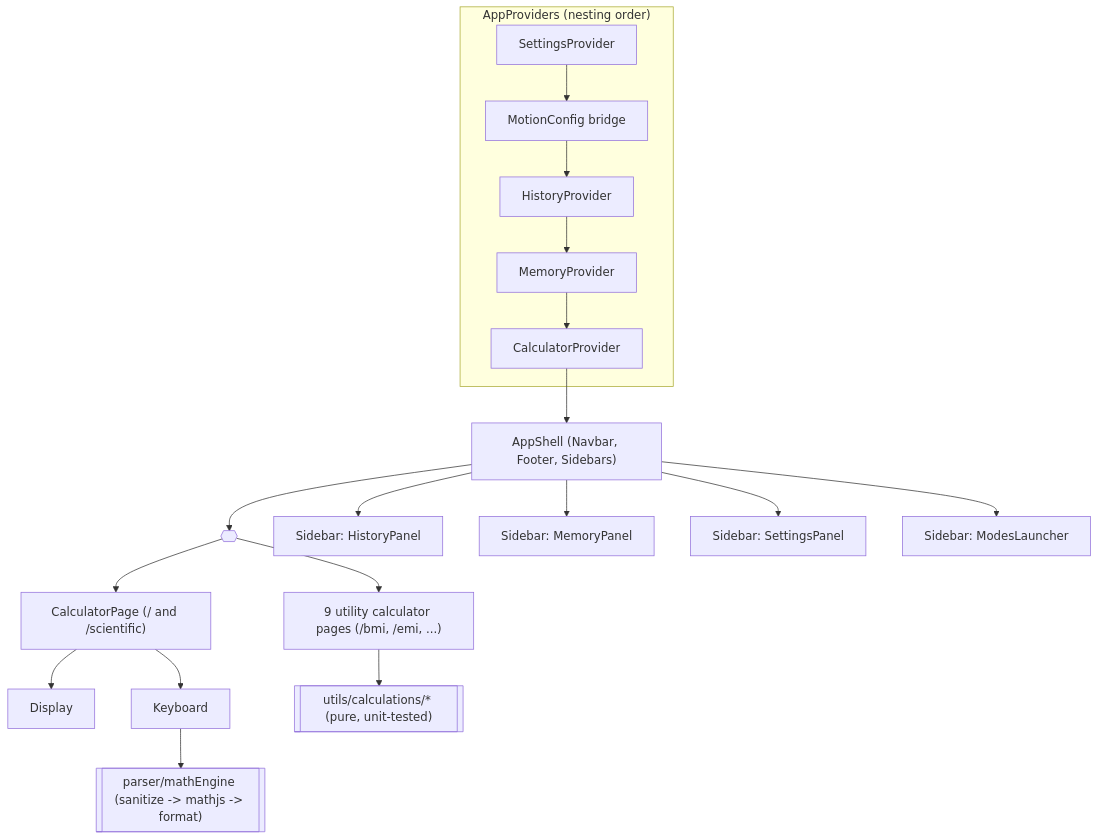
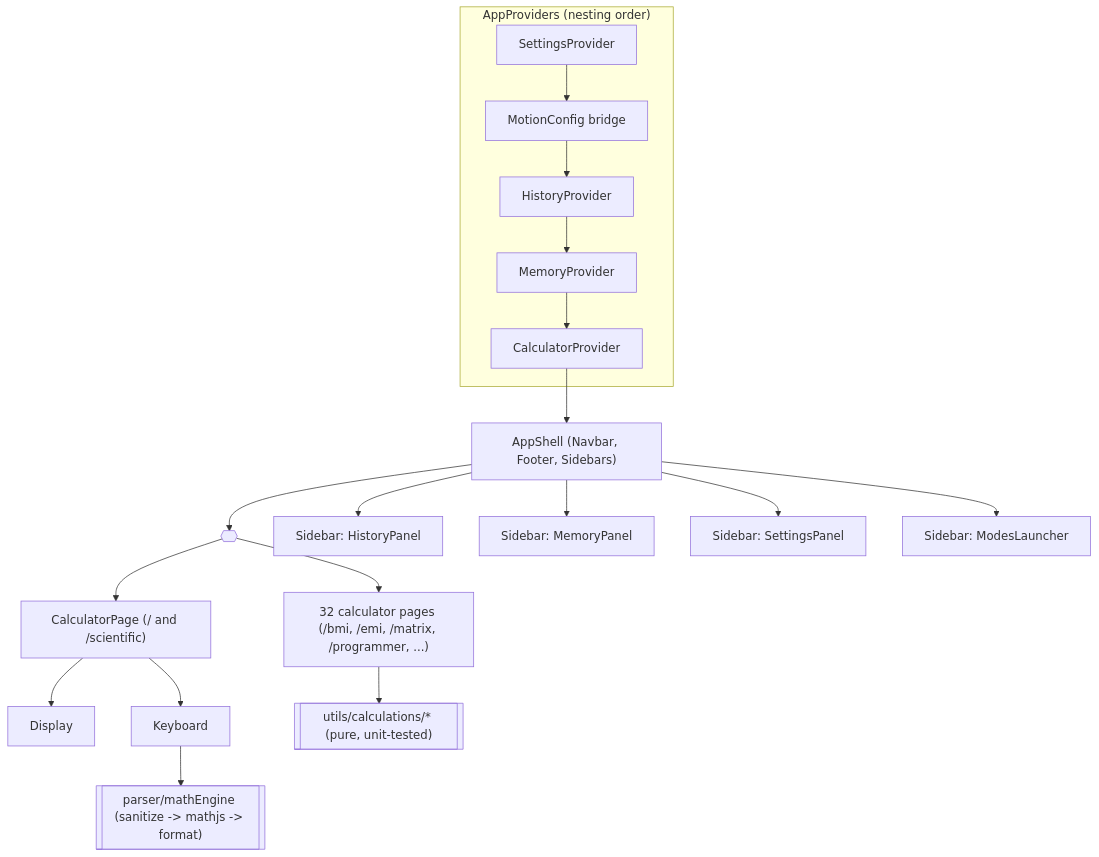
One commit to Nasirsayyed/Calculator-in-ReactJs changed the first of 3 diagrams in README.md. Above: the diagram before and after it, drawn with Mermaid. The commit also changed other lines of this file, not shown here.

First line of the commit message:
docs: update README for the complete 35-mode calculator registry

````diff
--- a/README.md
+++ b/README.md
@@ -110,21 +117,21 @@
 ```mermaid
 flowchart TB
   subgraph Providers["AppProviders (nesting order)"]
     SP[SettingsProvider] --> MC[MotionConfig bridge]
     MC --> HP[HistoryProvider]
     HP --> MP[MemoryProvider]
     MP --> CP[CalculatorProvider]
   end
   CP --> Shell["AppShell (Navbar, Footer, Sidebars)"]
   Shell --> Outlet{{"<Outlet/>"}}
   Outlet --> CalcPage["CalculatorPage (/ and /scientific)"]
-  Outlet --> UtilPages["9 utility calculator pages (/bmi, /emi, ...)"]
+  Outlet --> UtilPages["32 calculator pages (/bmi, /emi, /matrix, /programmer, ...)"]
   CalcPage --> Display
   CalcPage --> Keyboard
   Shell --> HistorySidebar["Sidebar: HistoryPanel"]
   Shell --> MemorySidebar["Sidebar: MemoryPanel"]
   Shell --> SettingsSidebar["Sidebar: SettingsPanel"]
   Shell --> ModesSidebar["Sidebar: ModesLauncher"]
   Keyboard --> Engine[["parser/mathEngine (sanitize -> mathjs -> format)"]]
   UtilPages --> Calc[["utils/calculations/* (pure, unit-tested)"]]
 ```
````
